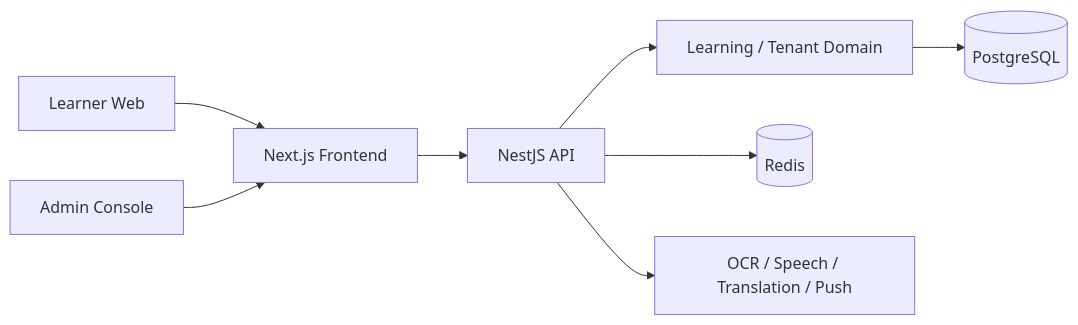
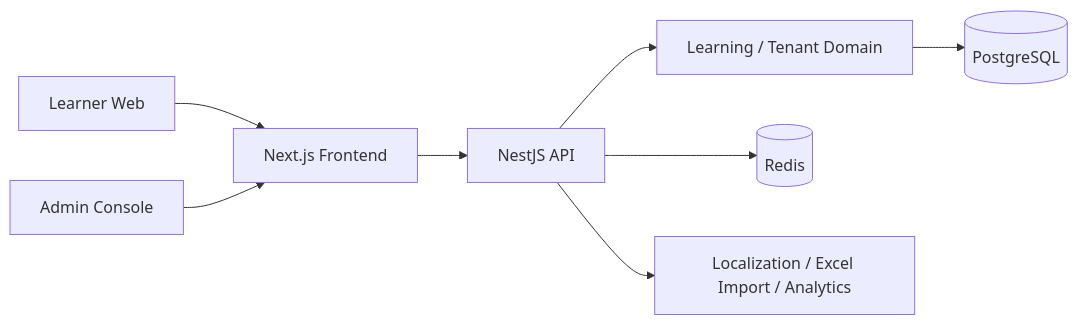
One commit to yoAkyoku/professional-projects changed the diagram in projects/factory-pro-chinese/diagrams/system-architecture.mmd. Above: the diagram before and after it, drawn with Mermaid. The commit also changed other lines of this file and 5 other files, not shown here.

```diff
--- a/projects/factory-pro-chinese/diagrams/system-architecture.mmd
+++ b/projects/factory-pro-chinese/diagrams/system-architecture.mmd
@@ -1,8 +1,8 @@
 flowchart LR
     learner[Learner Web] --> frontend[Next.js Frontend]
     admin[Admin Console] --> frontend
     frontend --> api[NestJS API]
     api --> domain[Learning / Tenant Domain]
     domain --> db[(PostgreSQL)]
     api --> redis[(Redis)]
-    api --> integrations[OCR / Speech / Translation / Push]
+    api --> integrations[Localization / Excel Import / Analytics]
```
